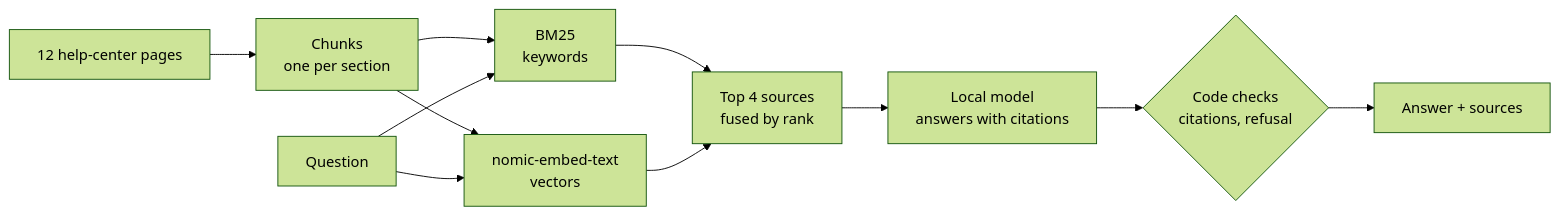
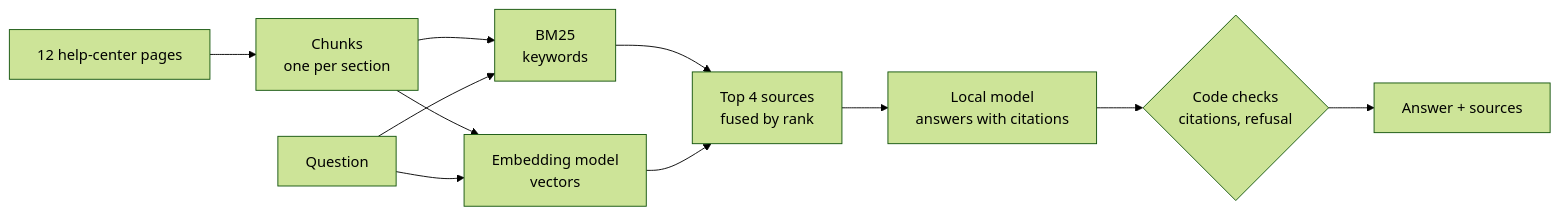
The diagram in README.md (joeljo2347-bit/rag-evals), drawn with Mermaid (forest theme) before and after one commit. The commit also changed other lines of this file and 3 other files, not shown here.

````diff
--- a/README.md
+++ b/README.md
@@ -71,11 +62,11 @@
 ```mermaid
 flowchart LR
     D[12 help-center pages] --> C[Chunks<br/>one per section]
     C --> B[BM25<br/>keywords]
-    C --> E[nomic-embed-text<br/>vectors]
+    C --> E[Embedding model<br/>vectors]
     Q[Question] --> B & E
     B & E --> R[Top 4 sources<br/>fused by rank]
     R --> M[Local model<br/>answers with citations]
     M --> P{Code checks<br/>citations, refusal}
     P --> A[Answer + sources]
 ```
````
